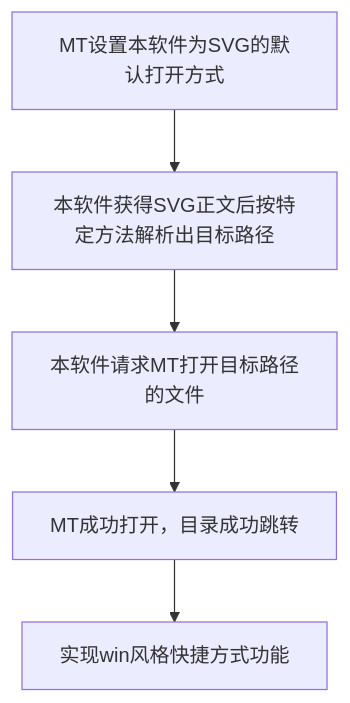
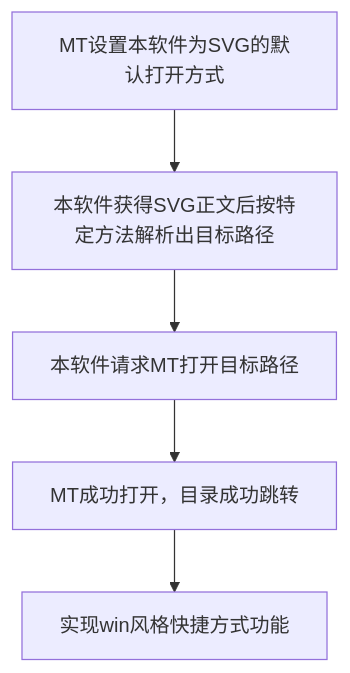
One commit to Tenfrend-b/SVG-Portal changed the diagram in README.md. Above: the diagram before and after it, drawn with Mermaid. The commit also changed other lines of this file, not shown here.

````diff
--- a/README.md
+++ b/README.md
@@ -39,7 +36,7 @@
 ```mermaid
 graph TD
     A[MT设置本软件为SVG的默认打开方式] --> B[本软件获得SVG正文后按特定方法解析出目标路径]
-    B --> C[本软件请求MT打开目标路径的文件]
+    B --> C[本软件请求MT打开目标路径]
     C --> D[MT成功打开，目录成功跳转]
     D --> E[实现win风格快捷方式功能]
 ```
````
